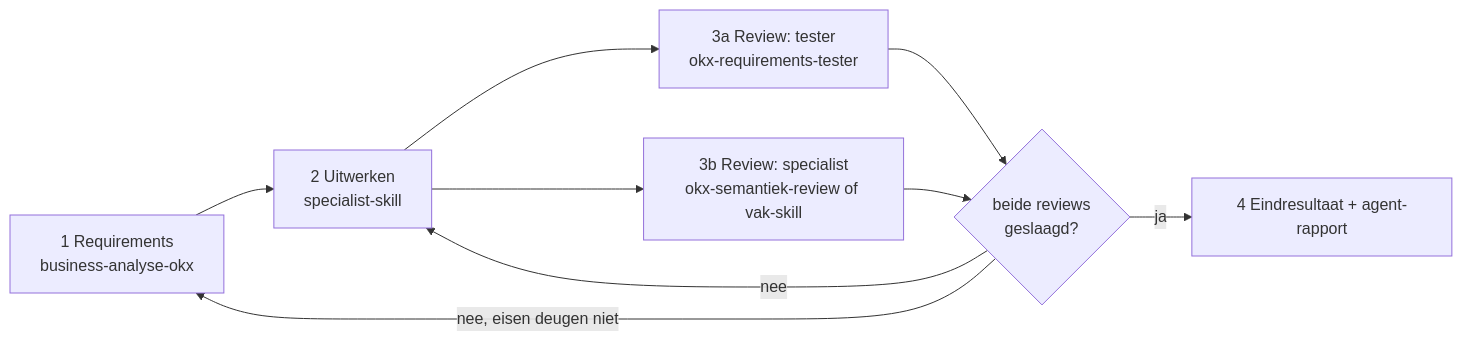
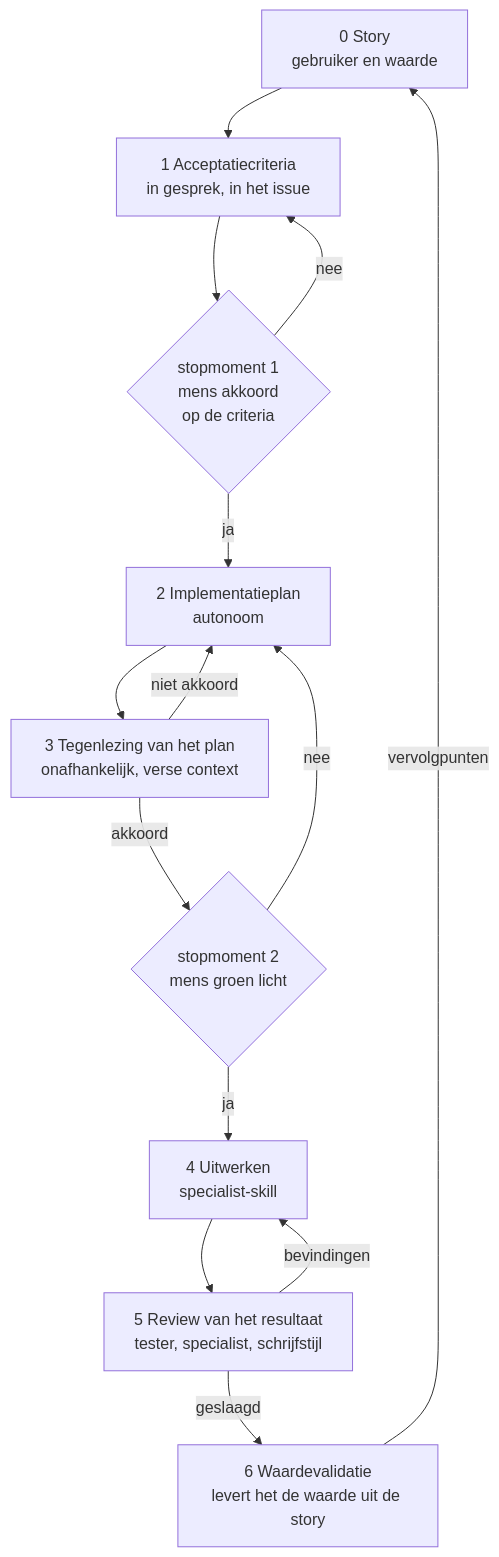
Before and after one commit to Npuls-OKx/meta: the diagram in .agents/skills/okx-product-flow/SKILL.md, drawn with Mermaid. The commit also changed other lines of this file and 6 other files, not shown here.

````diff
--- a/.agents/skills/okx-product-flow/SKILL.md
+++ b/.agents/skills/okx-product-flow/SKILL.md
@@ -19,11 +22,16 @@
 ```mermaid
-flowchart LR
-    R["1 Requirements<br/>business-analyse-okx"] --> U["2 Uitwerken<br/>specialist-skill"]
-    U --> T["3a Review: tester<br/>okx-requirements-tester"]
-    U --> S["3b Review: specialist<br/>okx-semantiek-review of vak-skill"]
-    T --> P{"beide reviews<br/>geslaagd?"}
-    S --> P
-    P -- "nee" --> U
-    P -- "nee, eisen deugen niet" --> R
-    P -- "ja" --> E["4 Eindresultaat + agent-rapport"]
+flowchart TD
+    S["0 Story<br/>gebruiker en waarde"] --> A["1 Acceptatiecriteria<br/>in gesprek, in het issue"]
+    A --> G1{"stopmoment 1<br/>mens akkoord<br/>op de criteria"}
+    G1 -- "nee" --> A
+    G1 -- "ja" --> P["2 Implementatieplan<br/>autonoom"]
+    P --> T["3 Tegenlezing van het plan<br/>onafhankelijk, verse context"]
+    T -- "niet akkoord" --> P
+    T -- "akkoord" --> G2{"stopmoment 2<br/>mens groen licht"}
+    G2 -- "nee" --> P
+    G2 -- "ja" --> U["4 Uitwerken<br/>specialist-skill"]
+    U --> R["5 Review van het resultaat<br/>tester, specialist, schrijfstijl"]
+    R -- "bevindingen" --> U
+    R -- "geslaagd" --> W["6 Waardevalidatie<br/>levert het de waarde uit de story"]
+    W -- "vervolgpunten" --> S
 ```
````
